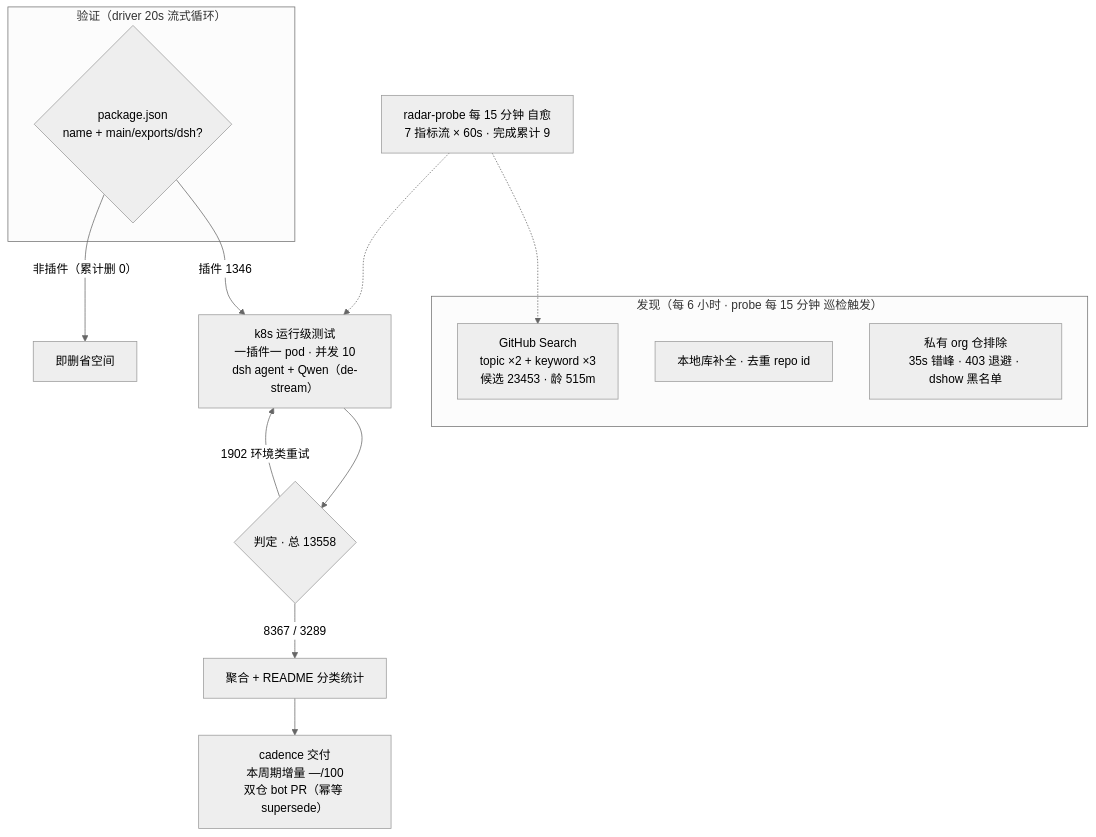
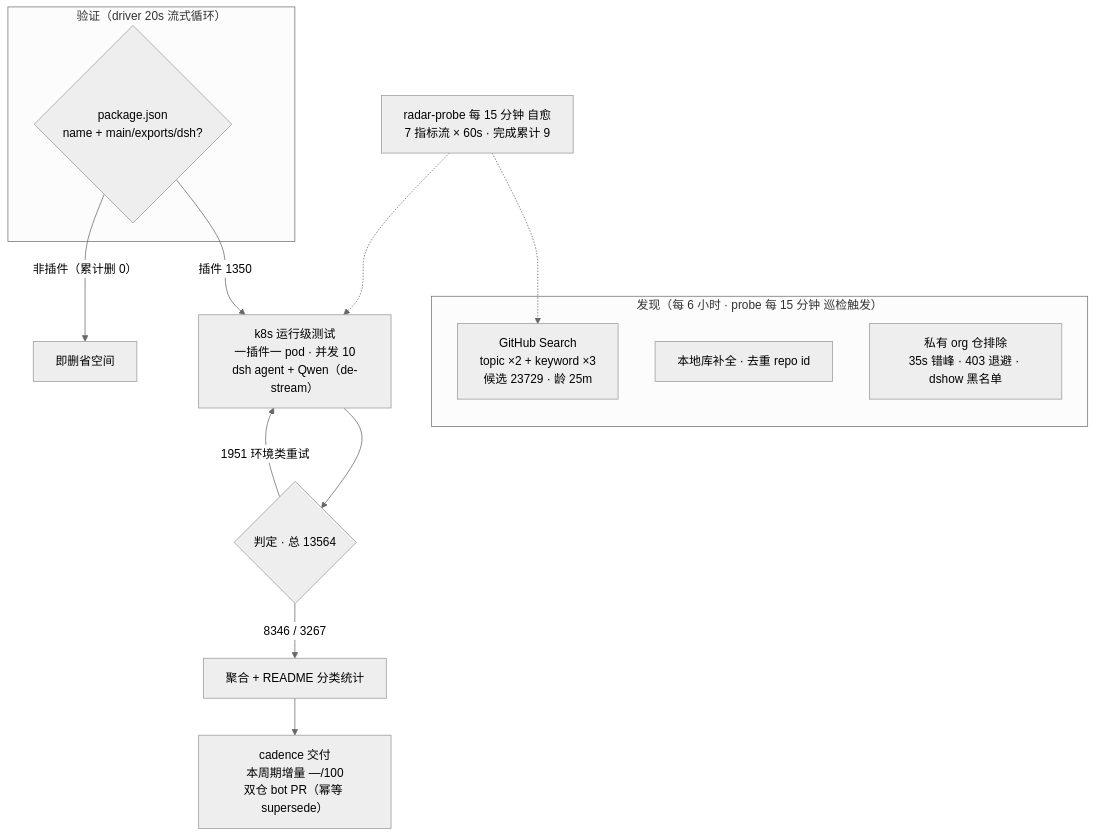
Before and after one commit to AdamPlatin123/dsh-plugin-radar: the diagram in README.md, drawn with Mermaid (neutral theme). The commit also changed other lines of this file and 16 other files, not shown here.

````diff
--- a/README.md
+++ b/README.md
@@ -86,20 +88,20 @@
 ```mermaid
 flowchart TB
     subgraph Discovery["发现（每 6 小时 · probe 每 15 分钟 巡检触发）"]
-        A1["GitHub Search<br/>topic ×2 + keyword ×3<br/>候选 23453 · 龄 515m"]
+        A1["GitHub Search<br/>topic ×2 + keyword ×3<br/>候选 23729 · 龄 25m"]
         A2["本地库补全 · 去重 repo id"]
         A3["私有 org 仓排除<br/>35s 错峰 · 403 退避 · dshow 黑名单"]
     end
     subgraph Validation["验证（driver 20s 流式循环）"]
         B1{"package.json<br/>name + main/exports/dsh?"}
     end
-    B1 -->|"插件 1346"| C1["k8s 运行级测试<br/>一插件一 pod · 并发 10<br/>dsh agent + Qwen（de-stream）"]
+    B1 -->|"插件 1350"| C1["k8s 运行级测试<br/>一插件一 pod · 并发 10<br/>dsh agent + Qwen（de-stream）"]
     B1 -->|"非插件（累计删 0）"| B3["即删省空间"]
-    C1 --> D1{"判定 · 总 13558"}
-    D1 -->|"8367 / 3289"| E1["聚合 + README 分类统计"]
-    D1 -->|"1902 环境类重试"| C1
+    C1 --> D1{"判定 · 总 13564"}
+    D1 -->|"8346 / 3267"| E1["聚合 + README 分类统计"]
+    D1 -->|"1951 环境类重试"| C1
     E1 --> E2["cadence 交付<br/>本周期增量 —/100<br/>双仓 bot PR（幂等 supersede）"]
     M["radar-probe 每 15 分钟 自愈<br/>7 指标流 × 60s · 完成累计 9"]
     M -.-> A1
     M -.-> C1
 ```
````
